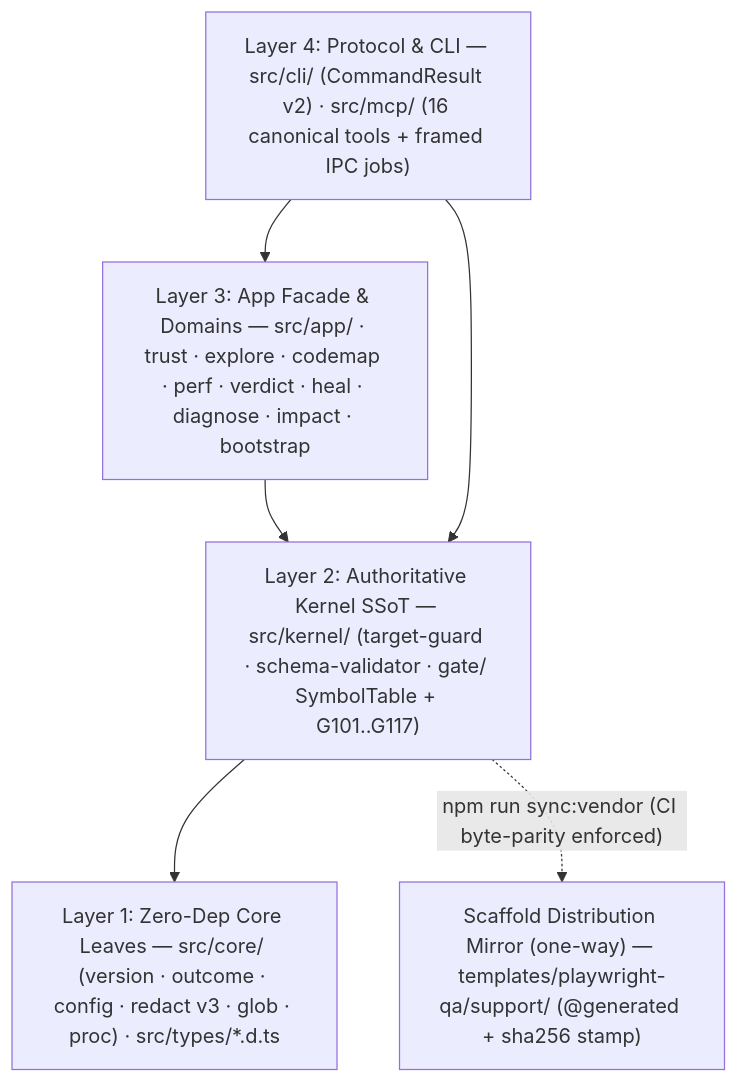
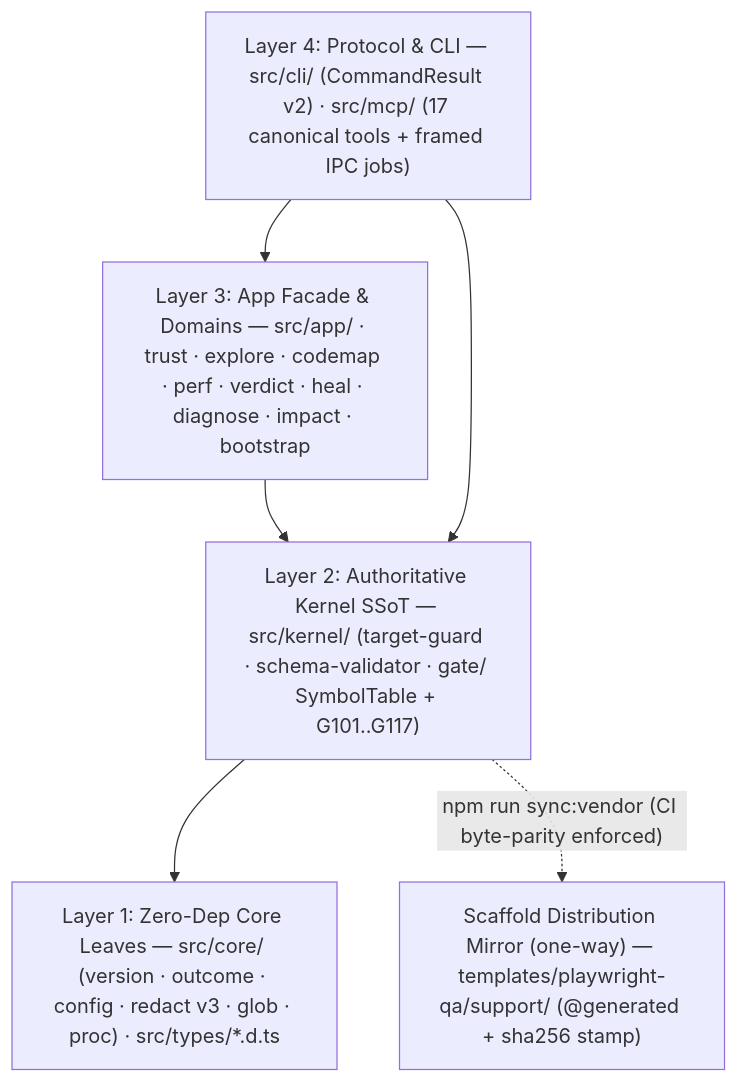
The diagram in README.en.md (seaworld008/ai-test-workbench), drawn with Mermaid before and after one commit. The commit also changed other lines of this file and 63 other files, not shown here.

````diff
--- a/README.en.md
+++ b/README.en.md
@@ -84,12 +84,12 @@
 ```mermaid
 flowchart TB
-    L4["Layer 4: Protocol & CLI — src/cli/ (CommandResult v2) · src/mcp/ (16 canonical tools + framed IPC jobs)"]
+    L4["Layer 4: Protocol & CLI — src/cli/ (CommandResult v2) · src/mcp/ (17 canonical tools + framed IPC jobs)"]
     L3["Layer 3: App Facade & Domains — src/app/ · trust · explore · codemap · perf · verdict · heal · diagnose · impact · bootstrap"]
     L2["Layer 2: Authoritative Kernel SSoT — src/kernel/ (target-guard · schema-validator · gate/ SymbolTable + G101..G117)"]
     L1["Layer 1: Zero-Dep Core Leaves — src/core/ (version · outcome · config · redact v3 · glob · proc) · src/types/*.d.ts"]
     TPL["Scaffold Distribution Mirror (one-way) — templates/playwright-qa/support/ (@generated + sha256 stamp)"]
 
     L4 --> L3 --> L2 --> L1
     L4 --> L2
     L2 -. "npm run sync:vendor (CI byte-parity enforced)" .-> TPL
 ```
````
